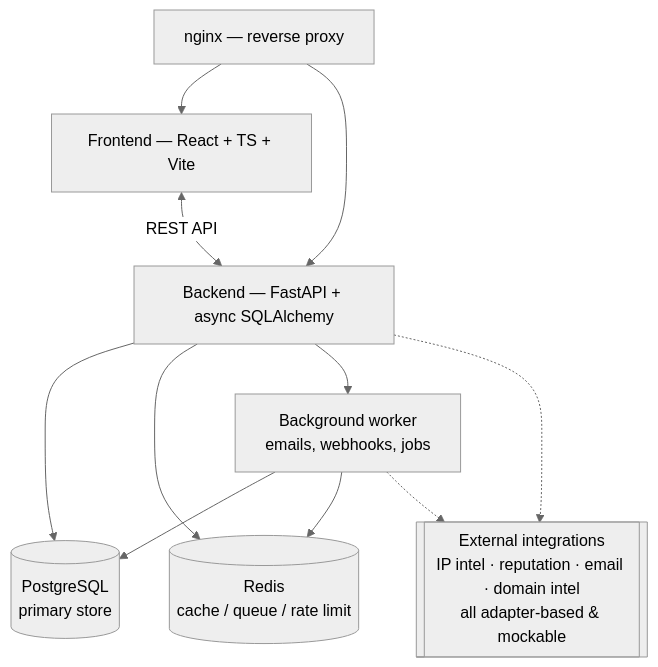
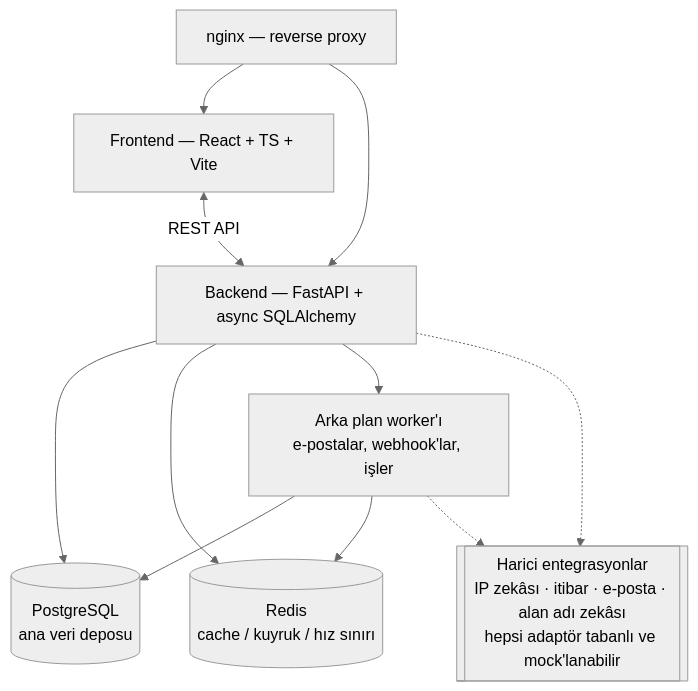
The second of 2 diagrams in README.md (furkhangul/Aventrix), drawn with Mermaid (neutral theme) before and after one commit. The commit also changed other lines of this file and 40 other files, not shown here.

````diff
--- a/README.md
+++ b/README.md
@@ -177,21 +171,21 @@
 ```mermaid
 flowchart TB
     NGINX[nginx — reverse proxy]
     FE[Frontend — React + TS + Vite]
     BE[Backend — FastAPI + async SQLAlchemy]
-    PG[(PostgreSQL<br/>primary store)]
-    REDIS[(Redis<br/>cache / queue / rate limit)]
-    WORKER[Background worker<br/>emails, webhooks, jobs]
-    EXT[[External integrations<br/>IP intel · reputation · email · domain intel<br/>all adapter-based & mockable]]
+    PG[(PostgreSQL<br/>ana veri deposu)]
+    REDIS[(Redis<br/>cache / kuyruk / hız sınırı)]
+    WORKER[Arka plan worker'ı<br/>e-postalar, webhook'lar, işler]
+    EXT[[Harici entegrasyonlar<br/>IP zekâsı · itibar · e-posta · alan adı zekâsı<br/>hepsi adaptör tabanlı ve mock'lanabilir]]
 
     NGINX --> FE
     NGINX --> BE
     FE <-- REST API --> BE
     BE --> PG
     BE --> REDIS
     BE --> WORKER
     WORKER --> PG
     WORKER --> REDIS
     BE -.-> EXT
     WORKER -.-> EXT
 ```
````
